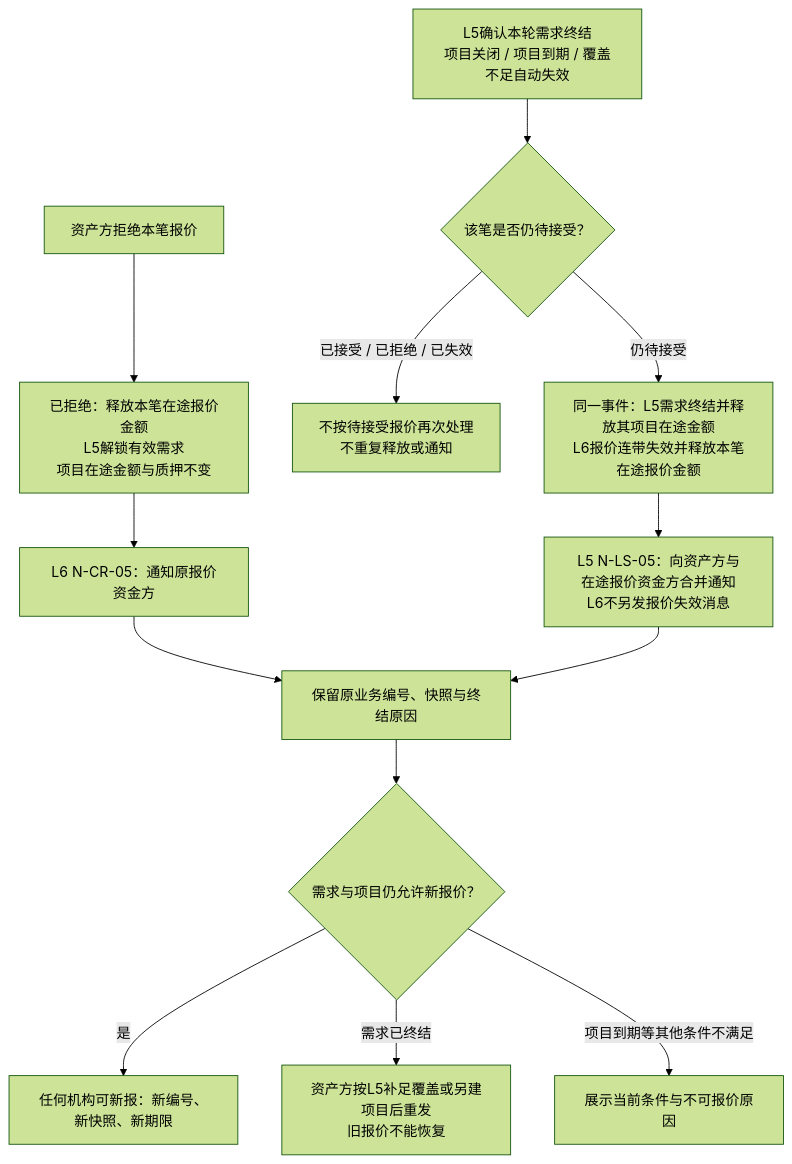
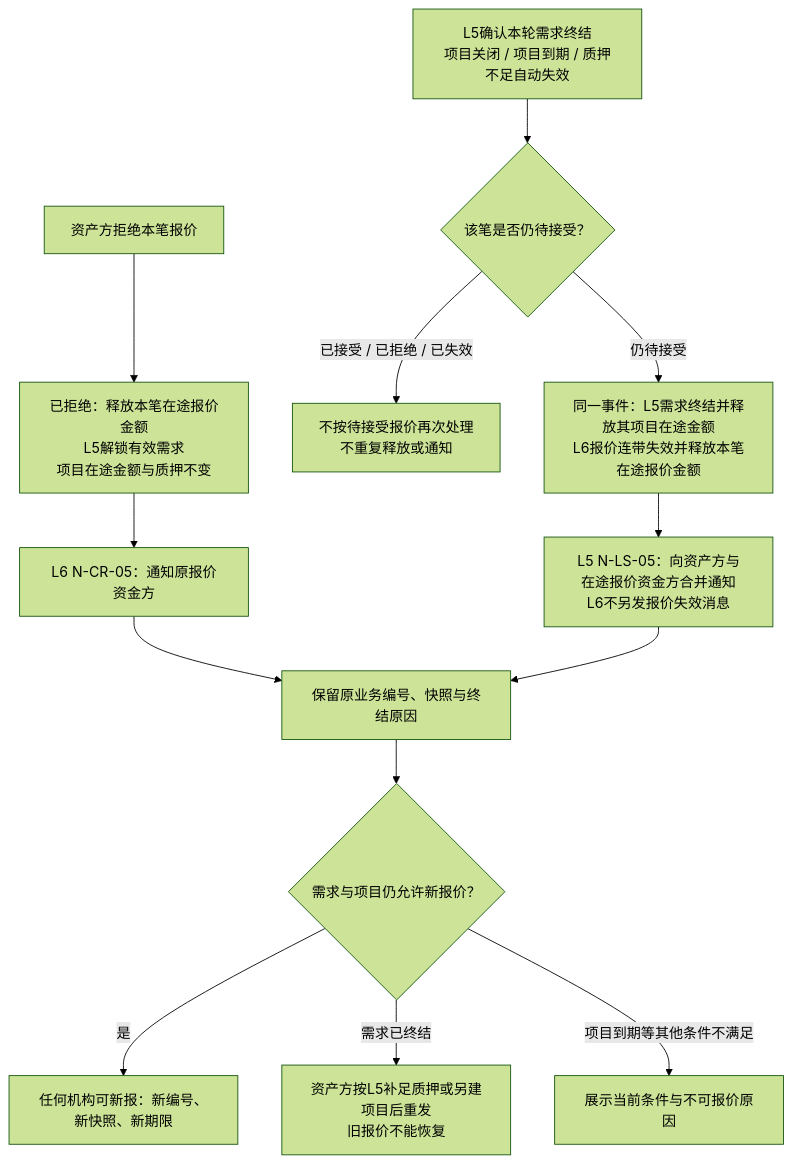
One commit to wxblockchain/Chain-Financing changed the third of 8 diagrams in lending-platform/PRD/面客端/06-借贷广场-授信报价与接受拒绝/02-授信报价与接受拒绝-流程图与状态机.md. Above: the diagram before and after it, drawn with Mermaid (forest theme). The commit also changed other lines of this file and 20 other files, not shown here.

````diff
--- a/lending-platform/PRD/面客端/06-借贷广场-授信报价与接受拒绝/02-授信报价与接受拒绝-流程图与状态机.md
+++ b/lending-platform/PRD/面客端/06-借贷广场-授信报价与接受拒绝/02-授信报价与接受拒绝-流程图与状态机.md
@@ -73,15 +73,15 @@
 ```mermaid
 flowchart TD
   A["资产方拒绝本笔报价"] --> A1["已拒绝：释放本笔在途报价金额<br/>L5解锁有效需求<br/>项目在途金额与质押不变"]
-  B["L5确认本轮需求终结<br/>项目关闭 / 项目到期 / 覆盖不足自动失效"] --> C{"该笔是否仍待接受？"}
+  B["L5确认本轮需求终结<br/>项目关闭 / 项目到期 / 质押不足自动失效"] --> C{"该笔是否仍待接受？"}
   C -- "已接受 / 已拒绝 / 已失效" --> N["不按待接受报价再次处理<br/>不重复释放或通知"]
   C -- "仍待接受" --> F["同一事件：L5需求终结并释放其项目在途金额<br/>L6报价连带失效并释放本笔在途报价金额"]
   F --> F1["L5 N-LS-05：向资产方与在途报价资金方合并通知<br/>L6不另发报价失效消息"]
   A1 --> A2["L6 N-CR-05：通知原报价资金方"]
   A2 --> G["保留原业务编号、快照与终结原因"]
   F1 --> G
   G --> H{"需求与项目仍允许新报价？"}
   H -- "是" --> I["任何机构可新报：新编号、新快照、新期限"]
-  H -- "需求已终结" --> J["资产方按L5补足覆盖或另建项目后重发<br/>旧报价不能恢复"]
+  H -- "需求已终结" --> J["资产方按L5补足质押或另建项目后重发<br/>旧报价不能恢复"]
   H -- "项目到期等其他条件不满足" --> K["展示当前条件与不可报价原因"]
 ```
````
